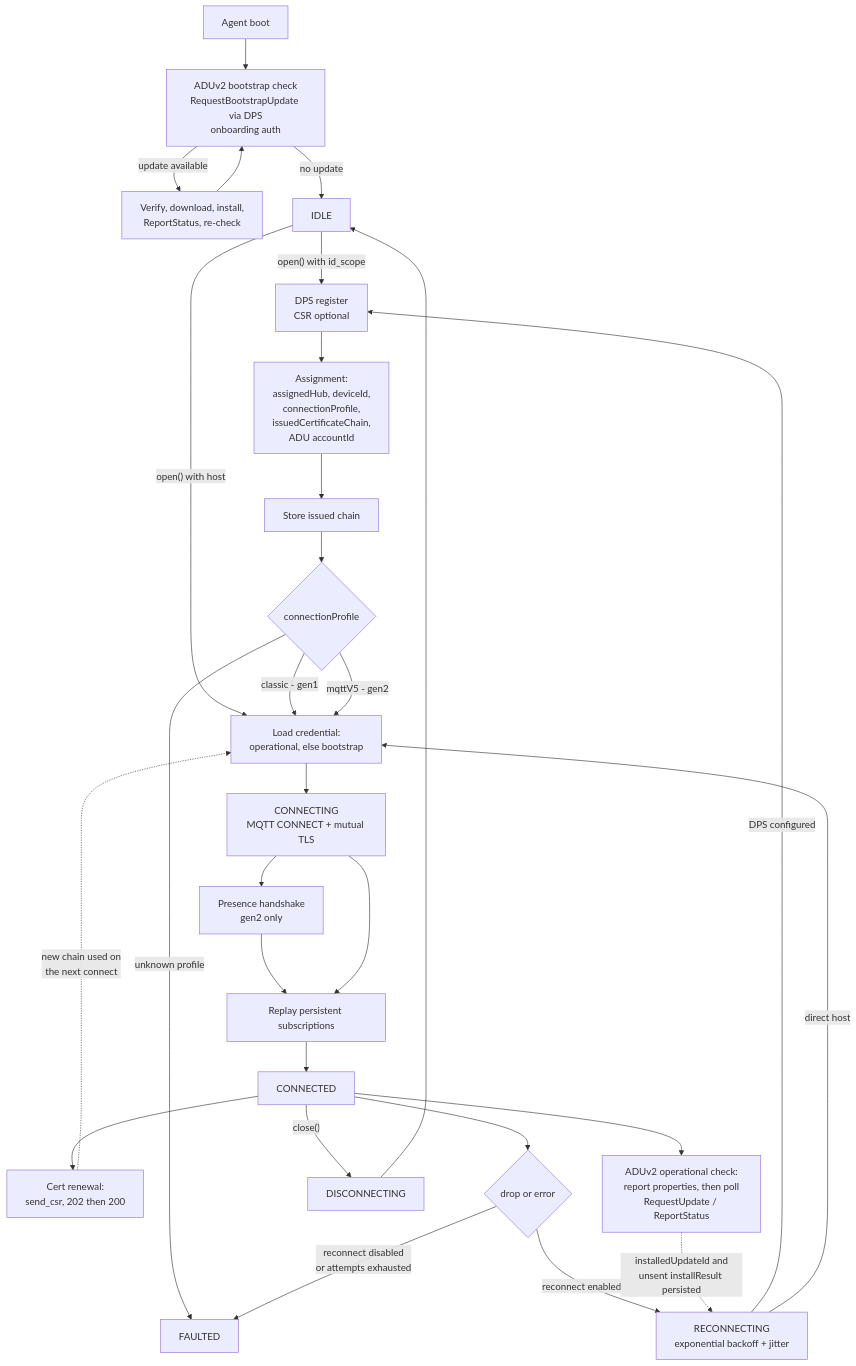
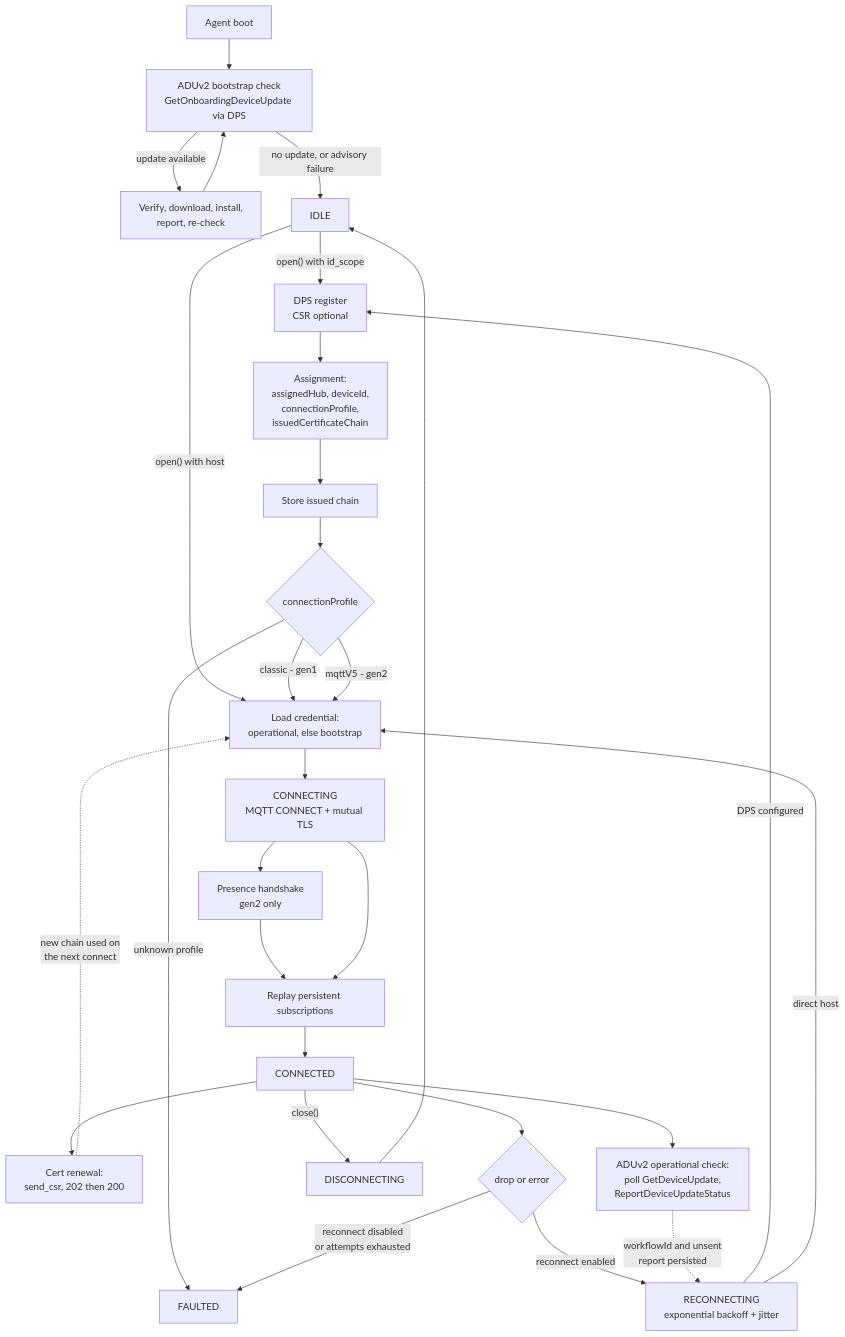
The ninth of 9 diagrams in c/docs/connection.md (Azure/azure-iot-sdk), drawn with Mermaid before and after one commit. The commit also changed other lines of this file, not shown here.

First line of the commit message:
Correct ADUv2 details against the DPS device-update spec

````diff
--- a/c/docs/connection.md
+++ b/c/docs/connection.md
@@ -489,36 +507,36 @@
 ```mermaid
 flowchart TB
-    BOOT["Agent boot"] --> BCHK["ADUv2 bootstrap check<br/>RequestBootstrapUpdate via DPS<br/>onboarding auth"]
-    BCHK -->|"update available"| BINST["Verify, download, install,<br/>ReportStatus, re-check"]
+    BOOT["Agent boot"] --> BCHK["ADUv2 bootstrap check<br/>GetOnboardingDeviceUpdate via DPS"]
+    BCHK -->|"update available"| BINST["Verify, download, install,<br/>report, re-check"]
     BINST --> BCHK
-    BCHK -->|"no update"| IDLE["IDLE"]
+    BCHK -->|"no update, or advisory failure"| IDLE["IDLE"]
 
     IDLE -->|"open() with id_scope"| REG["DPS register<br/>CSR optional"]
     IDLE -->|"open() with host"| CRED
 
-    REG --> ASSIGN["Assignment:<br/>assignedHub, deviceId,<br/>connectionProfile,<br/>issuedCertificateChain,<br/>ADU accountId"]
+    REG --> ASSIGN["Assignment:<br/>assignedHub, deviceId,<br/>connectionProfile,<br/>issuedCertificateChain"]
     ASSIGN --> STORE1["Store issued chain"]
     STORE1 --> PROFILE{"connectionProfile"}
 
     PROFILE -->|"unknown profile"| FAULTED
     PROFILE -->|"classic - gen1"| CRED
     PROFILE -->|"mqttV5 - gen2"| CRED["Load credential:<br/>operational, else bootstrap"]
 
     CRED --> CONNECTING["CONNECTING<br/>MQTT CONNECT + mutual TLS"]
     CONNECTING --> BIRTH["Presence handshake<br/>gen2 only"]
     BIRTH --> SUBS["Replay persistent subscriptions"]
     CONNECTING --> SUBS
     SUBS --> CONNECTED["CONNECTED"]
 
     CONNECTED --> CRENEW["Cert renewal:<br/>send_csr, 202 then 200"]
     CRENEW -.->|"new chain used on<br/>the next connect"| CRED
-    CONNECTED --> ARENEW["ADUv2 operational check:<br/>report properties, then poll<br/>RequestUpdate / ReportStatus"]
+    CONNECTED --> ARENEW["ADUv2 operational check:<br/>poll GetDeviceUpdate,<br/>ReportDeviceUpdateStatus"]
 
     CONNECTED -->|"close()"| DISC["DISCONNECTING"] --> IDLE
     CONNECTED --> DROP{"drop or error"}
     DROP -->|"reconnect disabled<br/>or attempts exhausted"| FAULTED["FAULTED"]
     DROP -->|"reconnect enabled"| RECON["RECONNECTING<br/>exponential backoff + jitter"]
     RECON -->|"DPS configured"| REG
     RECON -->|"direct host"| CRED
-    ARENEW -.->|"installedUpdateId and<br/>unsent installResult persisted"| RECON
+    ARENEW -.->|"workflowId and unsent<br/>report persisted"| RECON
 ```
````
